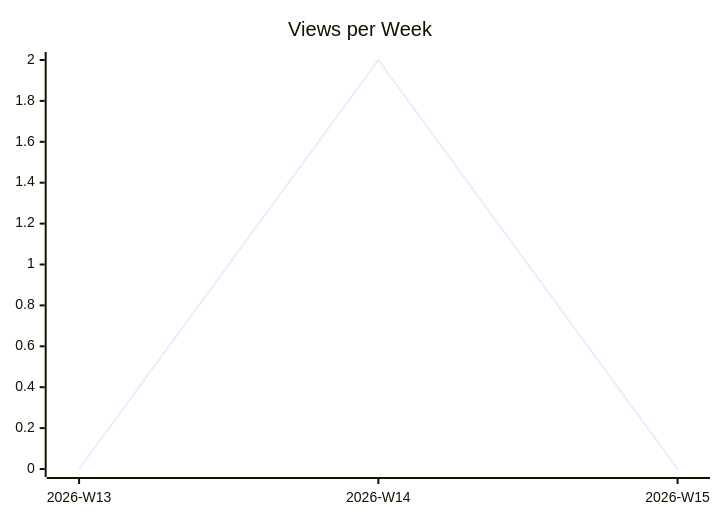
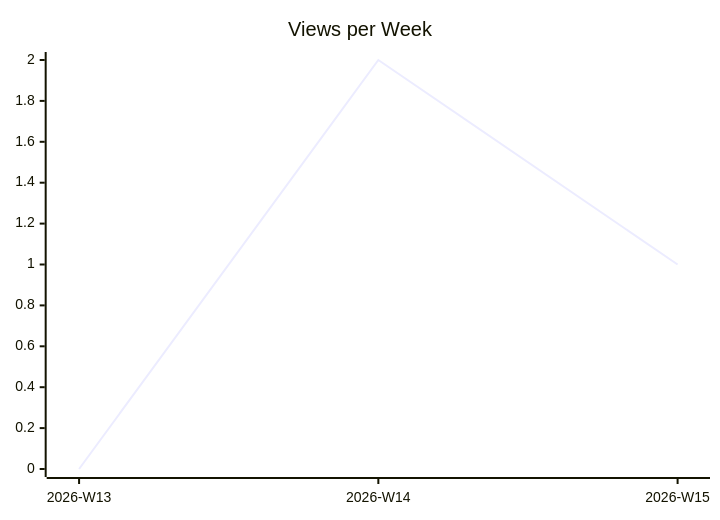
Before and after one commit to justdavis-family/github-analytics-data: the second of 3 diagrams in karlmdavis/justdavis-ansible/README.md, drawn with Mermaid. The commit also changed other lines of this file and 192 other files, not shown here.

````diff
--- a/karlmdavis/justdavis-ansible/README.md
+++ b/karlmdavis/justdavis-ansible/README.md
@@ -12,6 +12,6 @@
 ```mermaid
 xychart-beta
   title "Views per Week"
   x-axis ["2026-W13", "2026-W14", "2026-W15"]
-  line [0, 2, 0]
+  line [0, 2, 1]
 ```
````
